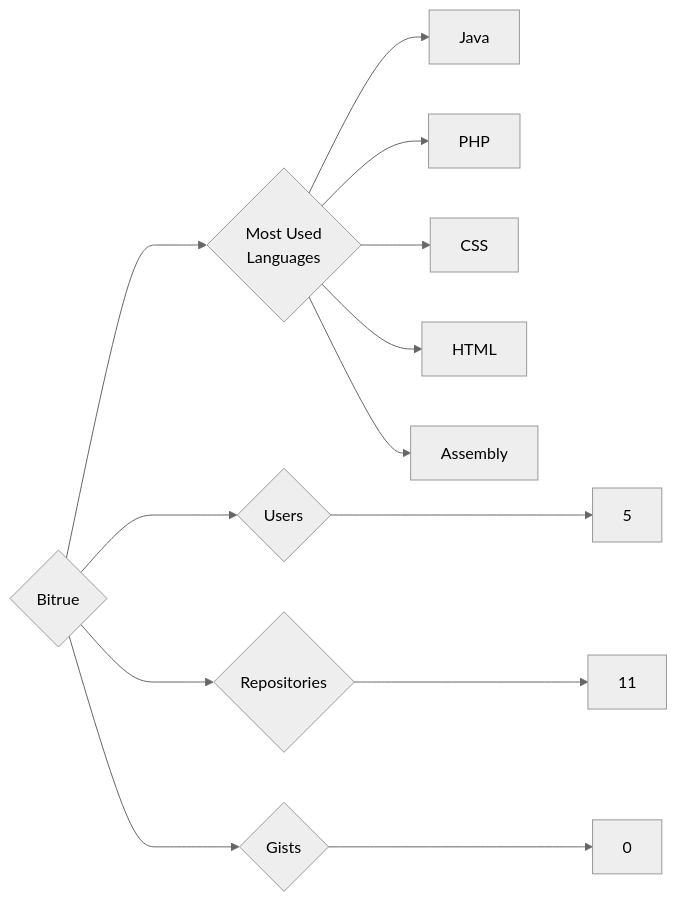
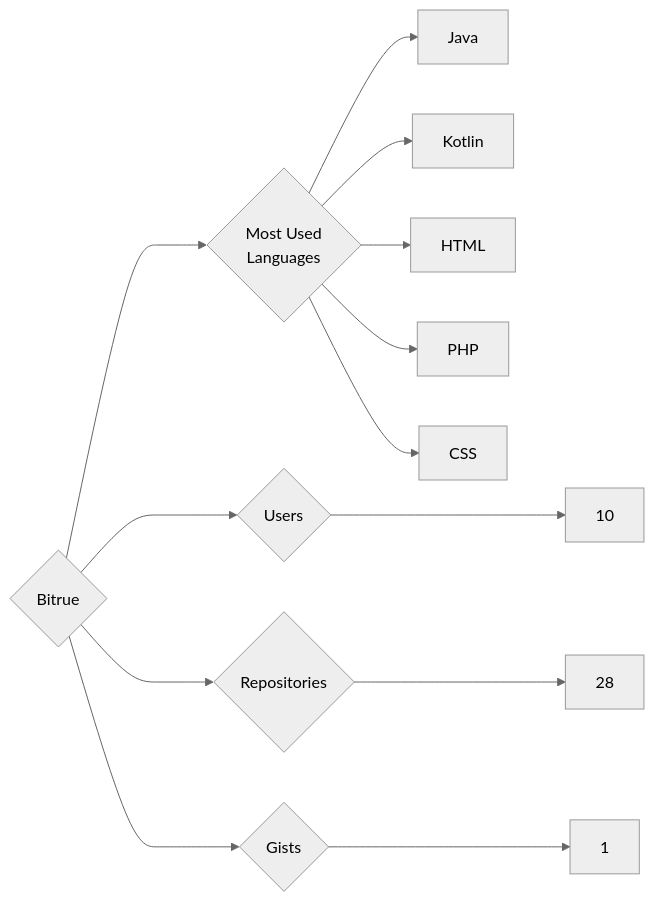
Before and after one commit to trickest/insiders: the diagram in targets/Bitrue/README.md, drawn with Mermaid (neutral theme). The commit also changed 886 other files, not shown here.

````diff
--- a/targets/Bitrue/README.md
+++ b/targets/Bitrue/README.md
@@ -3,13 +3,13 @@
 ```mermaid
 graph LR
 COMPANY_NAME{Bitrue}
-COMPANY_NAME ---> U{Users} ---> UN[5]
-COMPANY_NAME ---> R{Repositories} ---> RN[11]
-COMPANY_NAME ---> G{Gists} ---> GN[0]
+COMPANY_NAME ---> U{Users} ---> UN[10]
+COMPANY_NAME ---> R{Repositories} ---> RN[28]
+COMPANY_NAME ---> G{Gists} ---> GN[1]
 COMPANY_NAME ---> ML{Most Used<br>Languages}
 ML --> Java[Java]
+ML --> Kotlin[Kotlin]
+ML --> HTML[HTML]
 ML --> PHP[PHP]
 ML --> CSS[CSS]
-ML --> HTML[HTML]
-ML --> Assembly[Assembly]
 ```
````
